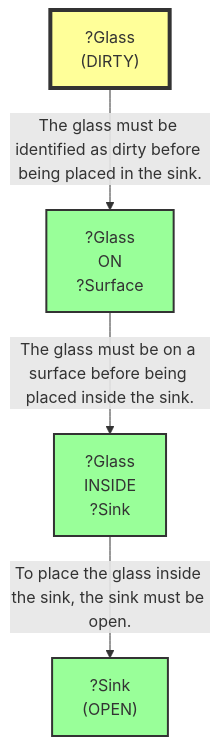
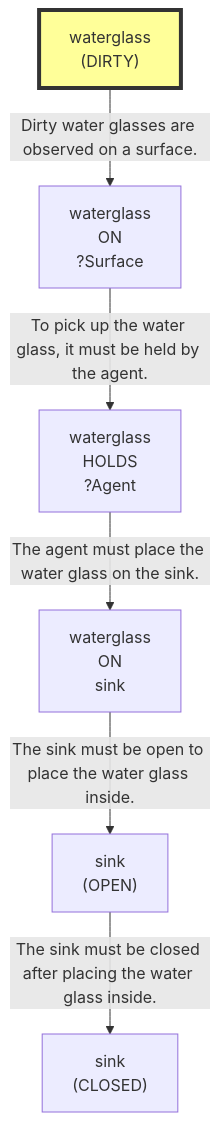
One commit to scuama/virtualhome changed the third of 10 diagrams in evaluation/results/table4/_raw/qwen/run_T4_qwen_M1_03.md. Above: the diagram before and after it, drawn with Mermaid. The commit also changed other lines of this file and 368 other files, not shown here.

````diff
--- a/evaluation/results/table4/_raw/qwen/run_T4_qwen_M1_03.md
+++ b/evaluation/results/table4/_raw/qwen/run_T4_qwen_M1_03.md
@@ -337,14 +272,15 @@
 ```mermaid
 graph TD
-    N1["?Glass<br>(DIRTY)"]
+    N1["waterglass<br>(DIRTY)"]
     style N1 fill:#ff9,stroke:#333,stroke-width:4px
-    N2["?Glass<br>ON<br>?Surface"]
-    style N2 fill:#9f9,stroke:#333,stroke-width:2px
-    N3["?Glass<br>INSIDE<br>?Sink"]
-    style N3 fill:#9f9,stroke:#333,stroke-width:2px
-    N4["?Sink<br>(OPEN)"]
-    style N4 fill:#9f9,stroke:#333,stroke-width:2px
-    N3 -->|"To place the glass inside the sink, the sink must be open."| N4
-    N2 -->|"The glass must be on a surface before being placed inside the sink."| N3
-    N1 -->|"The glass must be identified as dirty before being placed in the sink."| N2
+    N2["waterglass<br>ON<br>?Surface"]
+    N3["waterglass<br>HOLDS<br>?Agent"]
+    N4["waterglass<br>ON<br>sink"]
+    N5["sink<br>(OPEN)"]
+    N6["sink<br>(CLOSED)"]
+    N1 -->|"Dirty water glasses are observed on a surface."| N2
+    N2 -->|"To pick up the water glass, it must be held by the agent."| N3
+    N3 -->|"The agent must place the water glass on the sink."| N4
+    N4 -->|"The sink must be open to place the water glass inside."| N5
+    N5 -->|"The sink must be closed after placing the water glass inside."| N6
 ```
````
